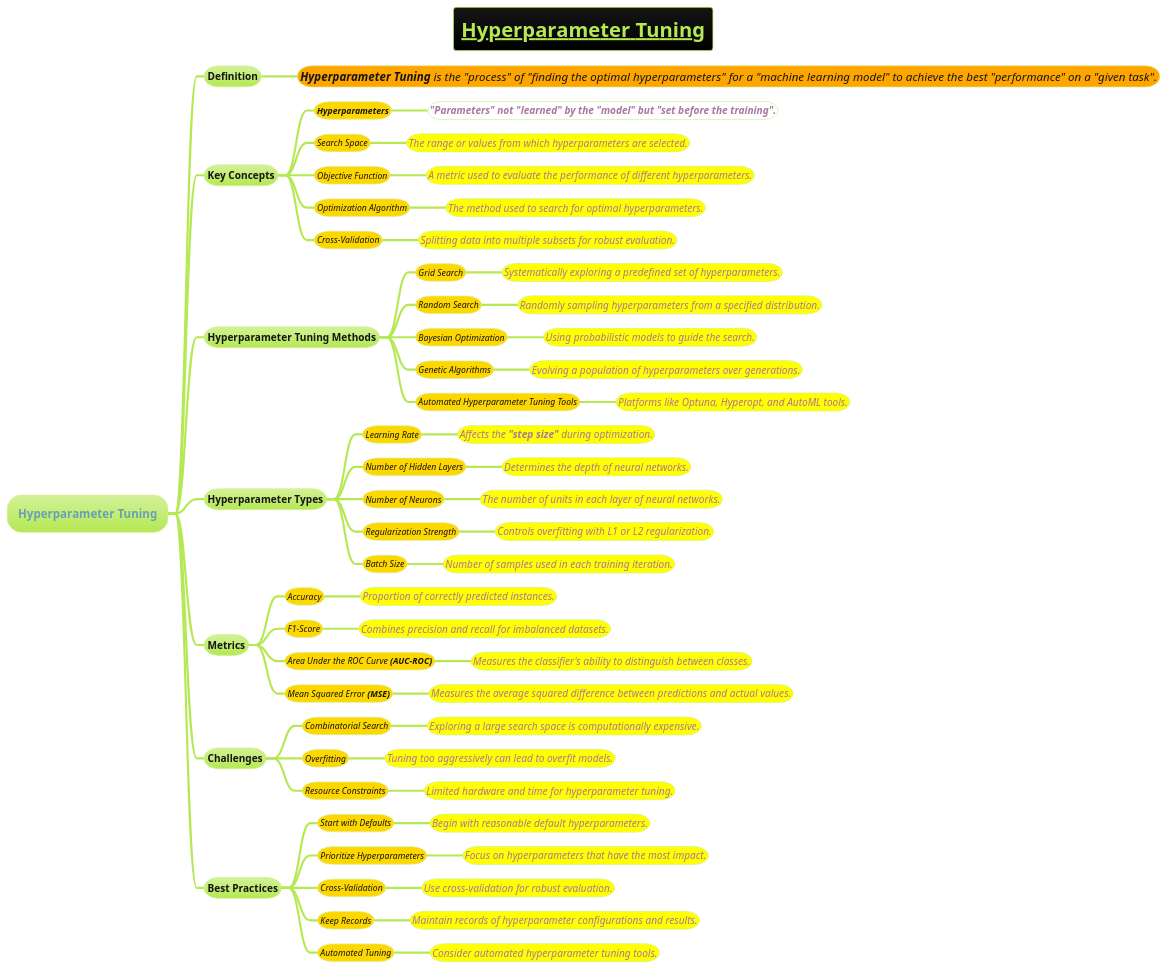
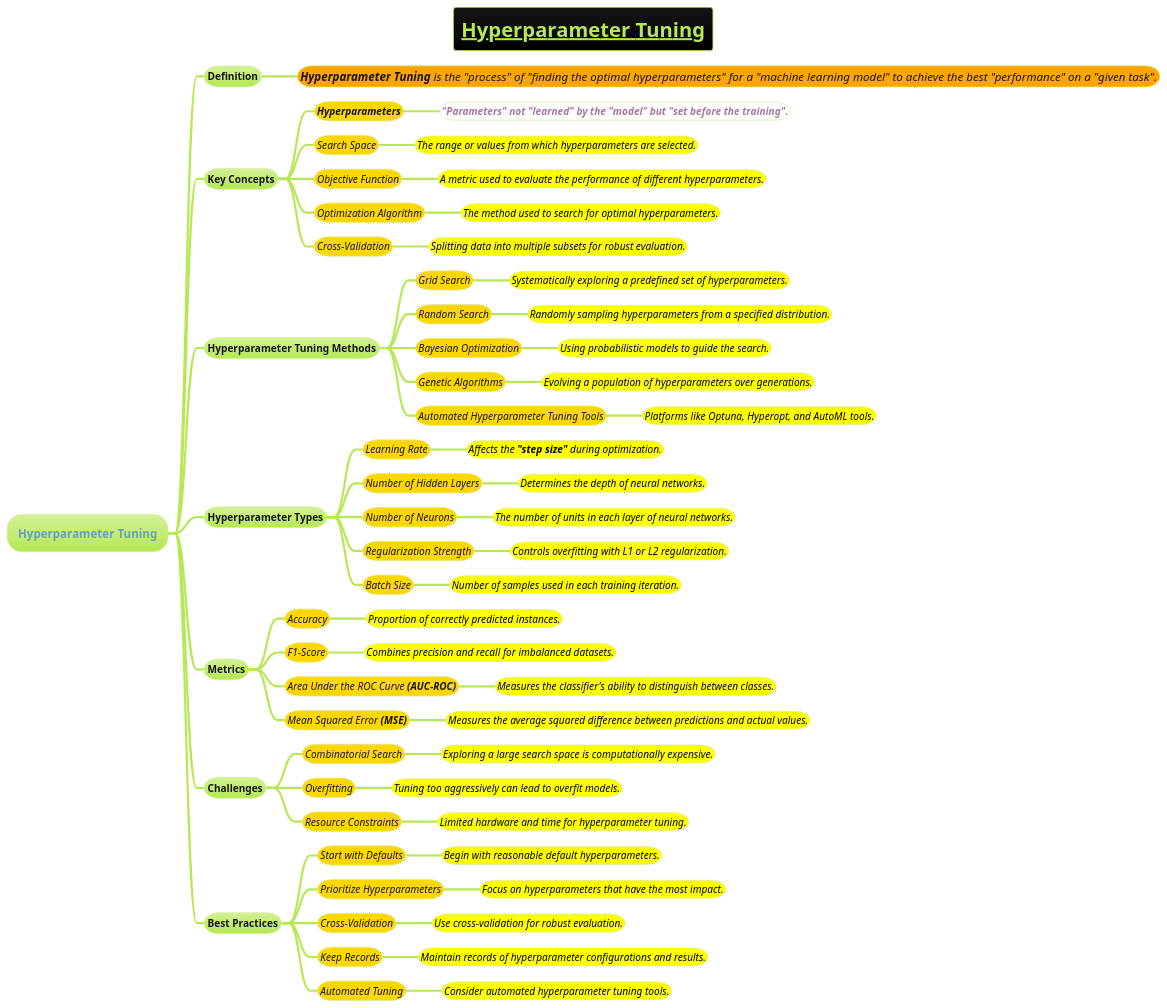
The diagram in docs/AI-ML- DL-Data-Science-and-BigData/machine-learning-ML/3-deep-learning-DL/Hyperparameter-Tuning.puml (MehmoodHashmi/Documentation-as-Code-DaC), drawn with PlantUML before and after one commit. The commit also changed 9 other files, not shown here.

```diff
--- a/docs/AI-ML- DL-Data-Science-and-BigData/machine-learning-ML/3-deep-learning-DL/Hyperparameter-Tuning.puml
+++ b/docs/AI-ML- DL-Data-Science-and-BigData/machine-learning-ML/3-deep-learning-DL/Hyperparameter-Tuning.puml
@@ -1,77 +1,77 @@
 @startmindmap
 title =__Hyperparameter Tuning__
 
 !theme hacker
 
 
 * Hyperparameter Tuning
 ** Definition
-***[#orange] ========<size:16>**Hyperparameter Tuning** is the "process" of "finding the optimal hyperparameters" for a "machine learning model" to achieve the best "performance" on a "given task".
+***[#orange] <i><size:16>**Hyperparameter Tuning** is the "process" of "finding the optimal hyperparameters" for a "machine learning model" to achieve the best "performance" on a "given task".
 
 ** Key Concepts
-***[#gold] ====**Hyperparameters**
-****[#white] ====<size:14>**"Parameters" not "learned" by the "model" but "set before the training".**
-***[#gold] ====Search Space
-****[#yellow] ====<size:14>The range or values from which hyperparameters are selected.
-***[#gold] ====Objective Function
-****[#yellow] ====<size:14>A metric used to evaluate the performance of different hyperparameters.
-***[#gold] ====Optimization Algorithm
-****[#yellow] ====<size:14>The method used to search for optimal hyperparameters.
-***[#gold] ====Cross-Validation
-****[#yellow] ====<size:14>Splitting data into multiple subsets for robust evaluation.
+***[#gold] <size:14><i>**Hyperparameters**
+****[#white] <i><size:14>**"Parameters" not "learned" by the "model" but "set before the training".**
+***[#gold] <size:14><i>Search Space
+****[#yellow] <color #black><i><size:14>The range or values from which hyperparameters are selected.
+***[#gold] <size:14><i>Objective Function
+****[#yellow] <color #black><i><size:14>A metric used to evaluate the performance of different hyperparameters.
+***[#gold] <size:14><i>Optimization Algorithm
+****[#yellow] <color #black><i><size:14>The method used to search for optimal hyperparameters.
+***[#gold] <size:14><i>Cross-Validation
+****[#yellow] <color #black><i><size:14>Splitting data into multiple subsets for robust evaluation.
 
 ** Hyperparameter Tuning Methods
-***[#gold] ====Grid Search
-****[#yellow] ====<size:14>Systematically exploring a predefined set of hyperparameters.
-***[#gold] ====Random Search
-****[#yellow] ====<size:14>Randomly sampling hyperparameters from a specified distribution.
-***[#gold] ====Bayesian Optimization
-****[#yellow] ====<size:14>Using probabilistic models to guide the search.
-***[#gold] ====Genetic Algorithms
-****[#yellow] ====<size:14>Evolving a population of hyperparameters over generations.
-***[#gold] ====Automated Hyperparameter Tuning Tools
-****[#yellow] ====<size:14>Platforms like Optuna, Hyperopt, and AutoML tools.
+***[#gold] <size:14><i>Grid Search
+****[#yellow] <color #black><i><size:14>Systematically exploring a predefined set of hyperparameters.
+***[#gold] <size:14><i>Random Search
+****[#yellow] <color #black><i><size:14>Randomly sampling hyperparameters from a specified distribution.
+***[#gold] <size:14><i>Bayesian Optimization
+****[#yellow] <color #black><i><size:14>Using probabilistic models to guide the search.
+***[#gold] <size:14><i>Genetic Algorithms
+****[#yellow] <color #black><i><size:14>Evolving a population of hyperparameters over generations.
+***[#gold] <size:14><i>Automated Hyperparameter Tuning Tools
+****[#yellow] <color #black><i><size:14>Platforms like Optuna, Hyperopt, and AutoML tools.
 
 ** Hyperparameter Types
-***[#gold] ====Learning Rate
-****[#yellow] ====<size:14>Affects the **"step size"** during optimization.
-***[#gold] ====Number of Hidden Layers
-****[#yellow] ====<size:14>Determines the depth of neural networks.
-***[#gold] ====Number of Neurons
-****[#yellow] ====<size:14>The number of units in each layer of neural networks.
-***[#gold] ====Regularization Strength
-****[#yellow] ====<size:14>Controls overfitting with L1 or L2 regularization.
-***[#gold] ====Batch Size
-****[#yellow] ====<size:14>Number of samples used in each training iteration.
+***[#gold] <size:14><i>Learning Rate
+****[#yellow] <color #black><i><size:14>Affects the **"step size"** during optimization.
+***[#gold] <size:14><i>Number of Hidden Layers
+****[#yellow] <color #black><i><size:14>Determines the depth of neural networks.
+***[#gold] <size:14><i>Number of Neurons
+****[#yellow] <color #black><i><size:14>The number of units in each layer of neural networks.
+***[#gold] <size:14><i>Regularization Strength
+****[#yellow] <color #black><i><size:14>Controls overfitting with L1 or L2 regularization.
+***[#gold] <size:14><i>Batch Size
+****[#yellow] <color #black><i><size:14>Number of samples used in each training iteration.
 
 ** Metrics
-***[#gold] ====Accuracy
-****[#yellow] ====<size:14>Proportion of correctly predicted instances.
-***[#gold] ====F1-Score
-****[#yellow] ====<size:14>Combines precision and recall for imbalanced datasets.
-***[#gold] ====Area Under the ROC Curve **(AUC-ROC)**
-****[#yellow] ====<size:14>Measures the classifier's ability to distinguish between classes.
-***[#gold] ====Mean Squared Error **(MSE)**
-****[#yellow] ====<size:14>Measures the average squared difference between predictions and actual values.
+***[#gold] <size:14><i>Accuracy
+****[#yellow] <color #black><i><size:14>Proportion of correctly predicted instances.
+***[#gold] <size:14><i>F1-Score
+****[#yellow] <color #black><i><size:14>Combines precision and recall for imbalanced datasets.
+***[#gold] <size:14><i>Area Under the ROC Curve **(AUC-ROC)**
+****[#yellow] <color #black><i><size:14>Measures the classifier's ability to distinguish between classes.
+***[#gold] <size:14><i>Mean Squared Error **(MSE)**
+****[#yellow] <color #black><i><size:14>Measures the average squared difference between predictions and actual values.
 
 ** Challenges
-***[#gold] ====Combinatorial Search
-****[#yellow] ====<size:14>Exploring a large search space is computationally expensive.
-***[#gold] ====Overfitting
-****[#yellow] ====<size:14>Tuning too aggressively can lead to overfit models.
-***[#gold] ====Resource Constraints
-****[#yellow] ====<size:14>Limited hardware and time for hyperparameter tuning.
+***[#gold] <size:14><i>Combinatorial Search
+****[#yellow] <color #black><i><size:14>Exploring a large search space is computationally expensive.
+***[#gold] <size:14><i>Overfitting
+****[#yellow] <color #black><i><size:14>Tuning too aggressively can lead to overfit models.
+***[#gold] <size:14><i>Resource Constraints
+****[#yellow] <color #black><i><size:14>Limited hardware and time for hyperparameter tuning.
 
 ** Best Practices
-***[#gold] ====Start with Defaults
-****[#yellow] ====<size:14>Begin with reasonable default hyperparameters.
-***[#gold] ====Prioritize Hyperparameters
-****[#yellow] ====<size:14>Focus on hyperparameters that have the most impact.
-***[#gold] ====Cross-Validation
-****[#yellow] ====<size:14>Use cross-validation for robust evaluation.
-***[#gold] ====Keep Records
-****[#yellow] ====<size:14>Maintain records of hyperparameter configurations and results.
-***[#gold] ====Automated Tuning
-****[#yellow] ====<size:14>Consider automated hyperparameter tuning tools.
+***[#gold] <size:14><i>Start with Defaults
+****[#yellow] <color #black><i><size:14>Begin with reasonable default hyperparameters.
+***[#gold] <size:14><i>Prioritize Hyperparameters
+****[#yellow] <color #black><i><size:14>Focus on hyperparameters that have the most impact.
+***[#gold] <size:14><i>Cross-Validation
+****[#yellow] <color #black><i><size:14>Use cross-validation for robust evaluation.
+***[#gold] <size:14><i>Keep Records
+****[#yellow] <color #black><i><size:14>Maintain records of hyperparameter configurations and results.
+***[#gold] <size:14><i>Automated Tuning
+****[#yellow] <color #black><i><size:14>Consider automated hyperparameter tuning tools.
 
 @endmindmap
```
